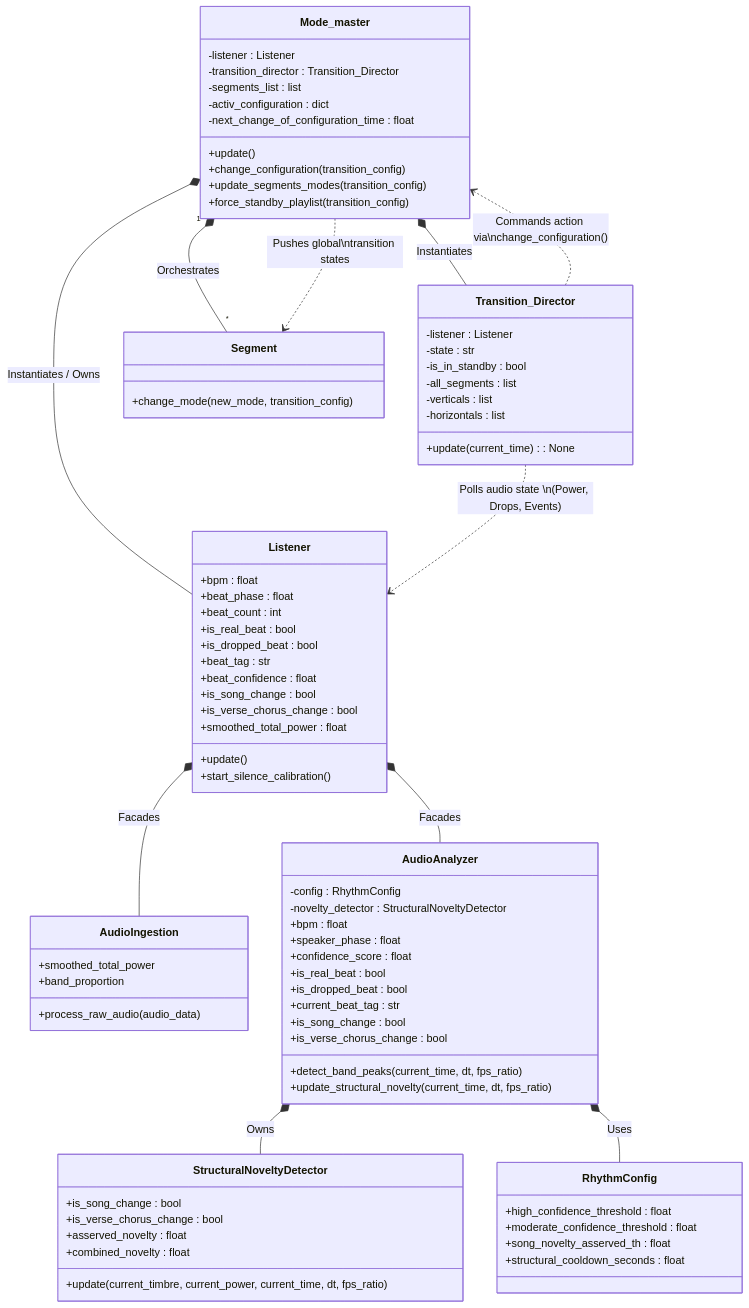
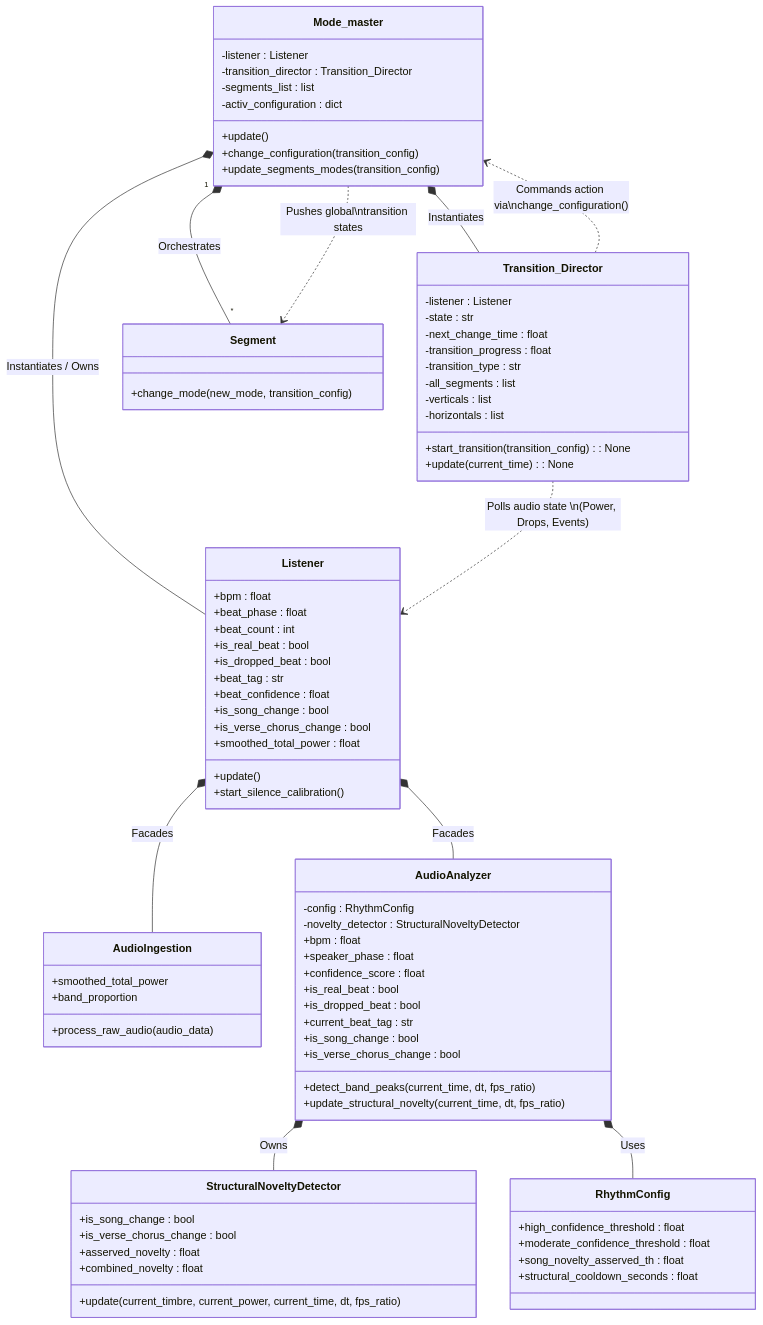
Before and after one commit to LucRobey/vialactee: the diagram in core/README.md, drawn with Mermaid. The commit also changed other lines of this file and 61 other files, not shown here.

```diff
--- a/core/README.md
+++ b/core/README.md
@@ -29,21 +31,22 @@
         -transition_director : Transition_Director
         -segments_list : list
         -activ_configuration : dict
-        -next_change_of_configuration_time : float
         +update()
         +change_configuration(transition_config)
         +update_segments_modes(transition_config)
-        +force_standby_playlist(transition_config)
     }
 
     %% Spatial & Transition Logic Filter
     class Transition_Director {
         -listener : Listener
         -state : str
-        -is_in_standby : bool
+        -next_change_time : float
+        -transition_progress : float
+        -transition_type : str
         -all_segments : list
         -verticals : list
         -horizontals : list
+        +start_transition(transition_config) : None
         +update(current_time) : None
     }
 
```
